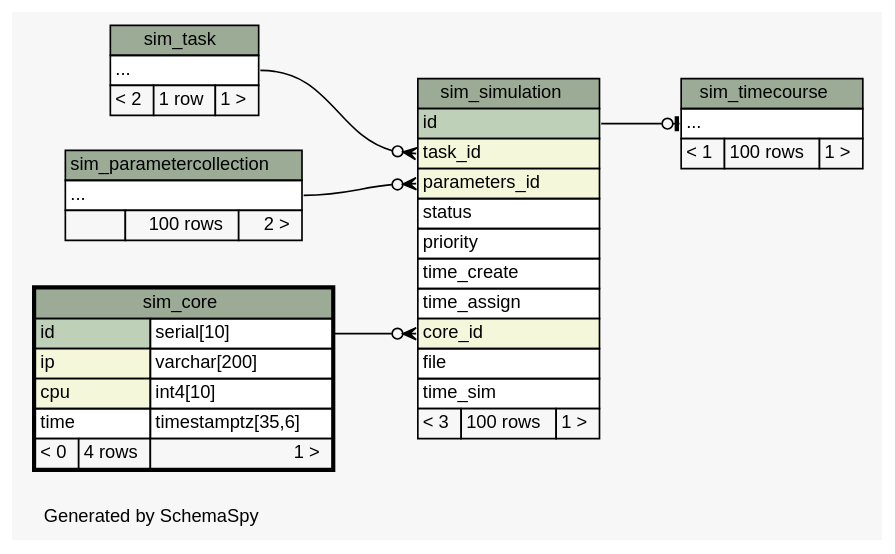
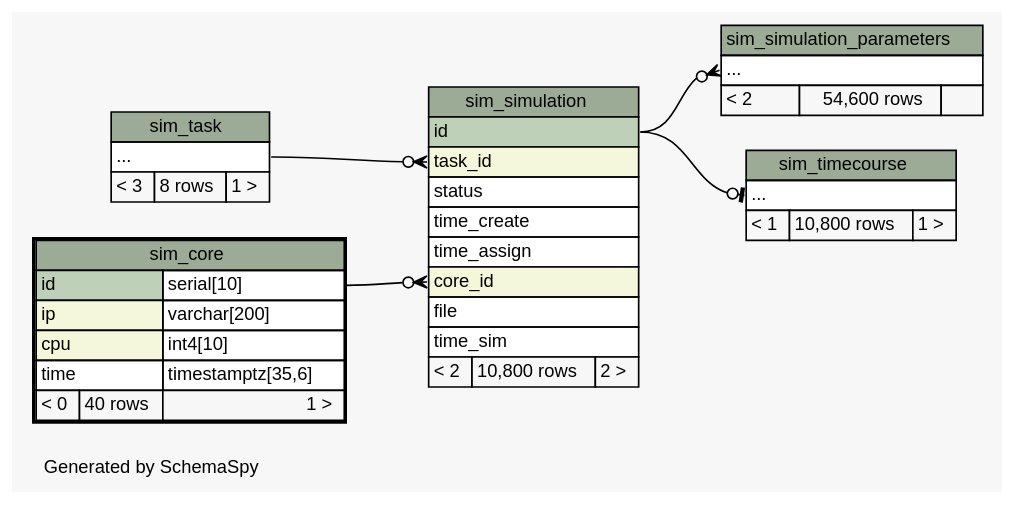
The diagram in database/schema/diagrams/sim_core.2degrees.dot (jingyayeah/multiscale-galactose), drawn with Graphviz before and after one commit. The commit also changed 101 other files, not shown here.

Commit message:
Database schema updated

```diff
--- a/database/schema/diagrams/sim_core.2degrees.dot
+++ b/database/schema/diagrams/sim_core.2degrees.dot
@@ -1,88 +1,86 @@
 // dot 2.26.3 on Linux 3.11.0-12-generic
 // SchemaSpy rev 590
 digraph "twoDegreesRelationshipsDiagram" {
   graph [
     rankdir="RL"
     bgcolor="#f7f7f7"
     label="\nGenerated by SchemaSpy"
     labeljust="l"
     nodesep="0.18"
     ranksep="0.46"
     fontname="Helvetica"
     fontsize="11"
   ];
   node [
     fontname="Helvetica"
     fontsize="11"
     shape="plaintext"
   ];
   edge [
     arrowsize="0.8"
   ];
   "sim_simulation":"core_id":w -> "sim_core":"id.type":e [arrowhead=none dir=back arrowtail=crowodot];
-  "sim_simulation":"parameters_id":w -> "sim_parametercollection":"elipses":e [arrowhead=none dir=back arrowtail=crowodot];
   "sim_simulation":"task_id":w -> "sim_task":"elipses":e [arrowhead=none dir=back arrowtail=crowodot];
+  "sim_simulation_parameters":"elipses":w -> "sim_simulation":"id":e [arrowhead=none dir=back arrowtail=crowodot];
   "sim_timecourse":"elipses":w -> "sim_simulation":"id":e [arrowhead=none dir=back arrowtail=teeodot];
   "sim_core" [
     label=<
     <TABLE BORDER="2" CELLBORDER="1" CELLSPACING="0" BGCOLOR="#ffffff">
       <TR><TD COLSPAN="3" BGCOLOR="#9bab96" ALIGN="CENTER">sim_core</TD></TR>
       <TR><TD PORT="id" COLSPAN="2" BGCOLOR="#bed1b8" ALIGN="LEFT">id</TD><TD PORT="id.type" ALIGN="LEFT">serial[10]</TD></TR>
       <TR><TD PORT="ip" COLSPAN="2" BGCOLOR="#f4f7da" ALIGN="LEFT">ip</TD><TD PORT="ip.type" ALIGN="LEFT">varchar[200]</TD></TR>
       <TR><TD PORT="cpu" COLSPAN="2" BGCOLOR="#f4f7da" ALIGN="LEFT">cpu</TD><TD PORT="cpu.type" ALIGN="LEFT">int4[10]</TD></TR>
       <TR><TD PORT="time" COLSPAN="2" ALIGN="LEFT">time</TD><TD PORT="time.type" ALIGN="LEFT">timestamptz[35,6]</TD></TR>
-      <TR><TD ALIGN="LEFT" BGCOLOR="#f7f7f7">&lt; 0</TD><TD ALIGN="RIGHT" BGCOLOR="#f7f7f7">4 rows</TD><TD ALIGN="RIGHT" BGCOLOR="#f7f7f7">1 &gt;</TD></TR>
+      <TR><TD ALIGN="LEFT" BGCOLOR="#f7f7f7">&lt; 0</TD><TD ALIGN="RIGHT" BGCOLOR="#f7f7f7">40 rows</TD><TD ALIGN="RIGHT" BGCOLOR="#f7f7f7">1 &gt;</TD></TR>
     </TABLE>>
     URL="sim_core.html"
     tooltip="sim_core"
-  ];
-  "sim_parametercollection" [
-    label=<
-    <TABLE BORDER="0" CELLBORDER="1" CELLSPACING="0" BGCOLOR="#ffffff">
-      <TR><TD COLSPAN="3" BGCOLOR="#9bab96" ALIGN="CENTER">sim_parametercollection</TD></TR>
-      <TR><TD PORT="elipses" COLSPAN="3" ALIGN="LEFT">...</TD></TR>
-      <TR><TD ALIGN="LEFT" BGCOLOR="#f7f7f7">  </TD><TD ALIGN="RIGHT" BGCOLOR="#f7f7f7">100 rows</TD><TD ALIGN="RIGHT" BGCOLOR="#f7f7f7">2 &gt;</TD></TR>
-    </TABLE>>
-    URL="sim_parametercollection.html"
-    tooltip="sim_parametercollection"
   ];
   "sim_simulation" [
     label=<
     <TABLE BORDER="0" CELLBORDER="1" CELLSPACING="0" BGCOLOR="#ffffff">
       <TR><TD COLSPAN="3" BGCOLOR="#9bab96" ALIGN="CENTER">sim_simulation</TD></TR>
       <TR><TD PORT="id" COLSPAN="3" BGCOLOR="#bed1b8" ALIGN="LEFT">id</TD></TR>
       <TR><TD PORT="task_id" COLSPAN="3" BGCOLOR="#f4f7da" ALIGN="LEFT">task_id</TD></TR>
-      <TR><TD PORT="parameters_id" COLSPAN="3" BGCOLOR="#f4f7da" ALIGN="LEFT">parameters_id</TD></TR>
       <TR><TD PORT="status" COLSPAN="3" ALIGN="LEFT">status</TD></TR>
-      <TR><TD PORT="priority" COLSPAN="3" ALIGN="LEFT">priority</TD></TR>
       <TR><TD PORT="time_create" COLSPAN="3" ALIGN="LEFT">time_create</TD></TR>
       <TR><TD PORT="time_assign" COLSPAN="3" ALIGN="LEFT">time_assign</TD></TR>
       <TR><TD PORT="core_id" COLSPAN="3" BGCOLOR="#f4f7da" ALIGN="LEFT">core_id</TD></TR>
       <TR><TD PORT="file" COLSPAN="3" ALIGN="LEFT">file</TD></TR>
       <TR><TD PORT="time_sim" COLSPAN="3" ALIGN="LEFT">time_sim</TD></TR>
-      <TR><TD ALIGN="LEFT" BGCOLOR="#f7f7f7">&lt; 3</TD><TD ALIGN="RIGHT" BGCOLOR="#f7f7f7">100 rows</TD><TD ALIGN="RIGHT" BGCOLOR="#f7f7f7">1 &gt;</TD></TR>
+      <TR><TD ALIGN="LEFT" BGCOLOR="#f7f7f7">&lt; 2</TD><TD ALIGN="RIGHT" BGCOLOR="#f7f7f7">10,800 rows</TD><TD ALIGN="RIGHT" BGCOLOR="#f7f7f7">2 &gt;</TD></TR>
     </TABLE>>
     URL="sim_simulation.html"
     tooltip="sim_simulation"
+  ];
+  "sim_simulation_parameters" [
+    label=<
+    <TABLE BORDER="0" CELLBORDER="1" CELLSPACING="0" BGCOLOR="#ffffff">
+      <TR><TD COLSPAN="3" BGCOLOR="#9bab96" ALIGN="CENTER">sim_simulation_parameters</TD></TR>
+      <TR><TD PORT="elipses" COLSPAN="3" ALIGN="LEFT">...</TD></TR>
+      <TR><TD ALIGN="LEFT" BGCOLOR="#f7f7f7">&lt; 2</TD><TD ALIGN="RIGHT" BGCOLOR="#f7f7f7">54,600 rows</TD><TD ALIGN="RIGHT" BGCOLOR="#f7f7f7">  </TD></TR>
+    </TABLE>>
+    URL="sim_simulation_parameters.html"
+    tooltip="sim_simulation_parameters"
   ];
   "sim_task" [
     label=<
     <TABLE BORDER="0" CELLBORDER="1" CELLSPACING="0" BGCOLOR="#ffffff">
       <TR><TD COLSPAN="3" BGCOLOR="#9bab96" ALIGN="CENTER">sim_task</TD></TR>
       <TR><TD PORT="elipses" COLSPAN="3" ALIGN="LEFT">...</TD></TR>
-      <TR><TD ALIGN="LEFT" BGCOLOR="#f7f7f7">&lt; 2</TD><TD ALIGN="RIGHT" BGCOLOR="#f7f7f7">1 row</TD><TD ALIGN="RIGHT" BGCOLOR="#f7f7f7">1 &gt;</TD></TR>
+      <TR><TD ALIGN="LEFT" BGCOLOR="#f7f7f7">&lt; 3</TD><TD ALIGN="RIGHT" BGCOLOR="#f7f7f7">8 rows</TD><TD ALIGN="RIGHT" BGCOLOR="#f7f7f7">1 &gt;</TD></TR>
     </TABLE>>
     URL="sim_task.html"
     tooltip="sim_task"
   ];
   "sim_timecourse" [
     label=<
     <TABLE BORDER="0" CELLBORDER="1" CELLSPACING="0" BGCOLOR="#ffffff">
       <TR><TD COLSPAN="3" BGCOLOR="#9bab96" ALIGN="CENTER">sim_timecourse</TD></TR>
       <TR><TD PORT="elipses" COLSPAN="3" ALIGN="LEFT">...</TD></TR>
-      <TR><TD ALIGN="LEFT" BGCOLOR="#f7f7f7">&lt; 1</TD><TD ALIGN="RIGHT" BGCOLOR="#f7f7f7">100 rows</TD><TD ALIGN="RIGHT" BGCOLOR="#f7f7f7">1 &gt;</TD></TR>
+      <TR><TD ALIGN="LEFT" BGCOLOR="#f7f7f7">&lt; 1</TD><TD ALIGN="RIGHT" BGCOLOR="#f7f7f7">10,800 rows</TD><TD ALIGN="RIGHT" BGCOLOR="#f7f7f7">1 &gt;</TD></TR>
     </TABLE>>
     URL="sim_timecourse.html"
     tooltip="sim_timecourse"
   ];
 }
```
